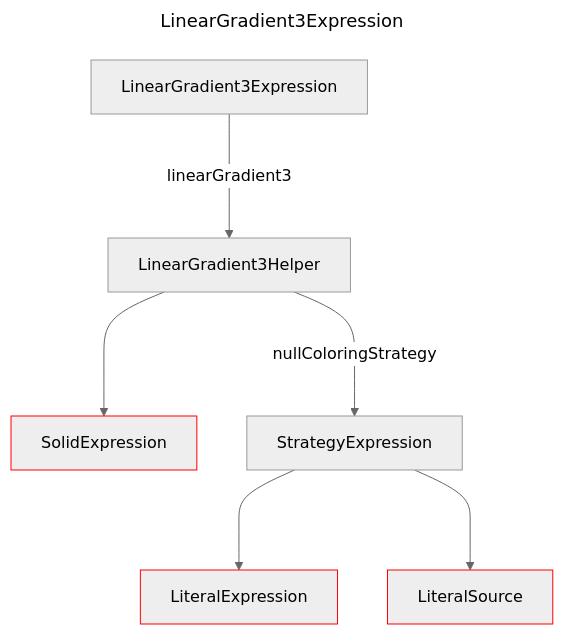
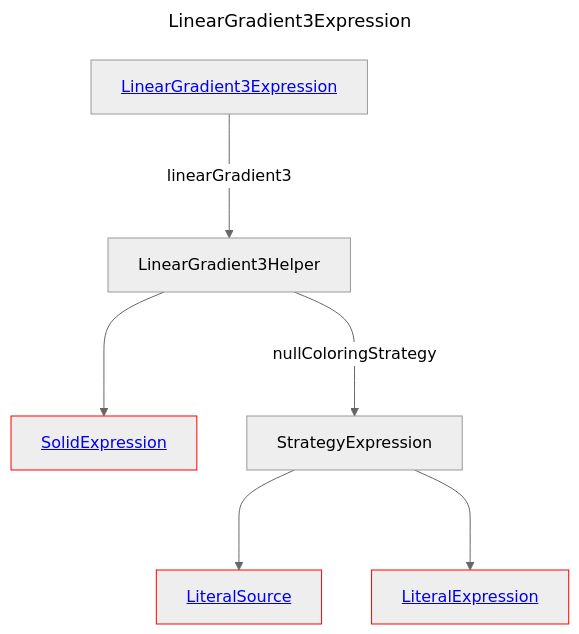
One commit to douglassimonsen/pbi_core changed the diagram in docs/docs/layout/erd/LinearGradient3Expression.md. Above: the diagram before and after it, drawn with Mermaid (neutral theme). The commit also changed 76 other files, not shown here.

````diff
--- a/docs/docs/layout/erd/LinearGradient3Expression.md
+++ b/docs/docs/layout/erd/LinearGradient3Expression.md
@@ -1,20 +1,20 @@
 ```mermaid
 ---
 title: LinearGradient3Expression
 ---
 graph 
-2430071914384["LinearGradient3Helper"]
-2430071896816["SolidExpression"]
-style 2430071896816 stroke:#ff0000,stroke-width:1px
-2430071816784["LiteralSource"]
-style 2430071816784 stroke:#ff0000,stroke-width:1px
-2430071909504["StrategyExpression"]
-2430071887056["LiteralExpression"]
-style 2430071887056 stroke:#ff0000,stroke-width:1px
-2430071910480["LinearGradient3Expression"]
-2430071914384 --->|nullColoringStrategy| 2430071909504
-2430071910480 --->|linearGradient3| 2430071914384
-2430071909504 ---> 2430071887056
-2430071909504 ---> 2430071816784
-2430071914384 ---> 2430071896816
+LinearGradient3Expression[<a href='/layout/erd/LinearGradient3Expression'>LinearGradient3Expression</a>]
+LinearGradient3Helper[LinearGradient3Helper]
+LiteralExpression[<a href='/layout/erd/LiteralExpression'>LiteralExpression</a>]
+style LiteralExpression stroke:#ff0000,stroke-width:1px
+LiteralSource[<a href='/layout/erd/LiteralSource'>LiteralSource</a>]
+style LiteralSource stroke:#ff0000,stroke-width:1px
+SolidExpression[<a href='/layout/erd/SolidExpression'>SolidExpression</a>]
+style SolidExpression stroke:#ff0000,stroke-width:1px
+StrategyExpression[StrategyExpression]
+StrategyExpression ---> LiteralSource
+LinearGradient3Helper --->|nullColoringStrategy| StrategyExpression
+StrategyExpression ---> LiteralExpression
+LinearGradient3Helper ---> SolidExpression
+LinearGradient3Expression --->|linearGradient3| LinearGradient3Helper
 ```
````
